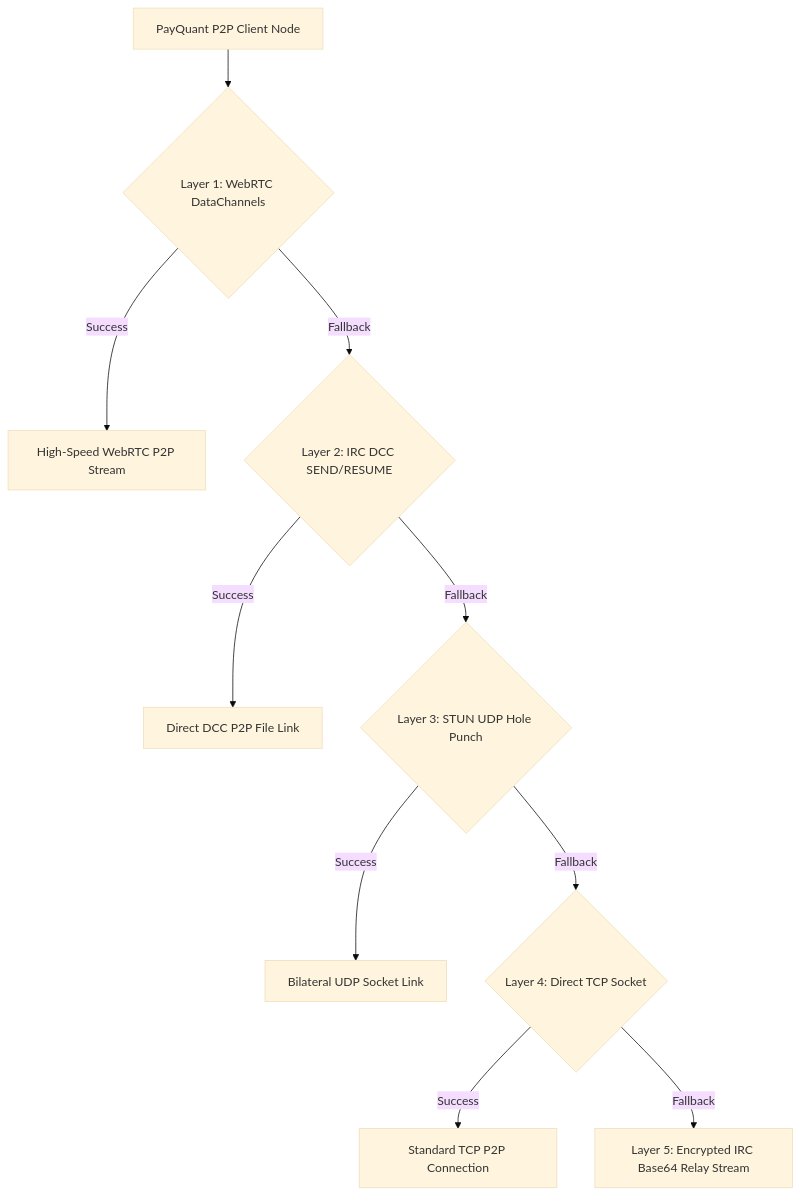
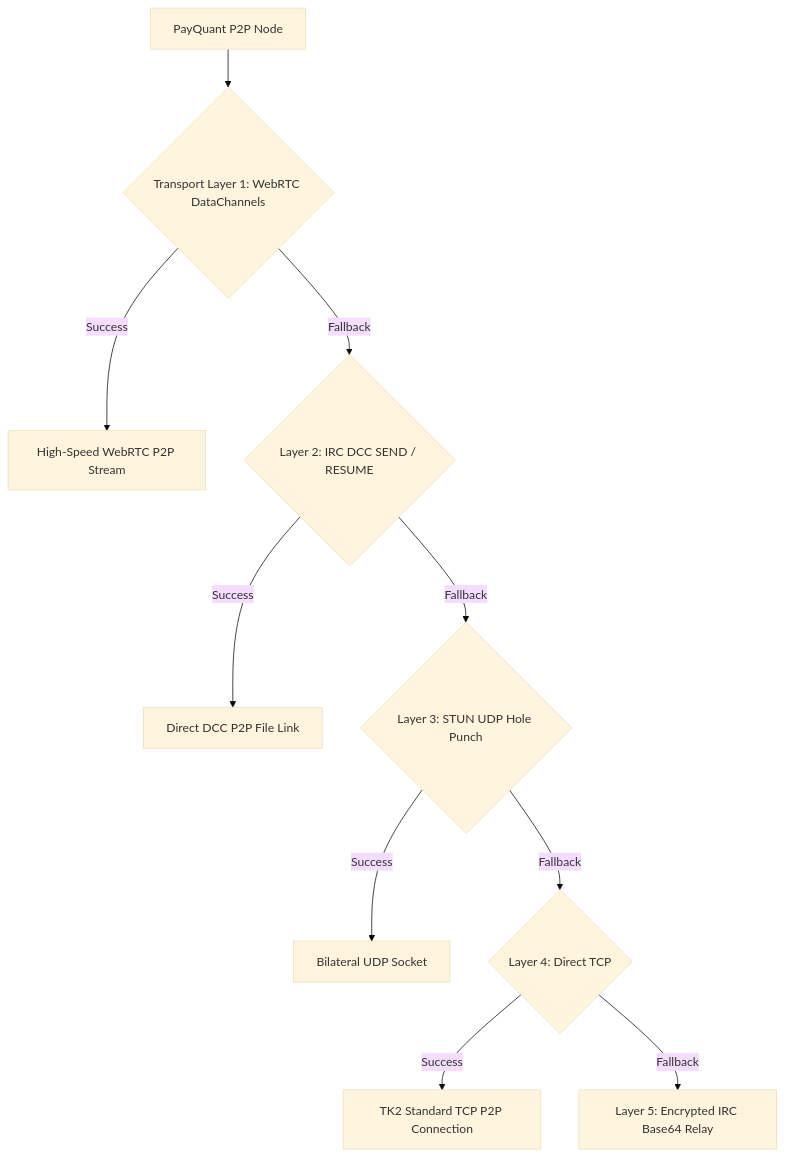
The diagram in README.md (timfromhcs/payquant), drawn with Mermaid (base theme) before and after one commit. The commit also changed other lines of this file and 9 other files, not shown here.

````diff
--- a/README.md
+++ b/README.md
@@ -48,12 +63,12 @@
 ```mermaid
 graph TD
-    A[PayQuant P2P Client Node] --> B{Layer 1: WebRTC DataChannels}
+    A[PayQuant P2P Node] --> B{Transport Layer 1: WebRTC DataChannels}
     B -- Success --> C[High-Speed WebRTC P2P Stream]
-    B -- Fallback --> D{Layer 2: IRC DCC SEND/RESUME}
+    B -- Fallback --> D{Layer 2: IRC DCC SEND / RESUME}
     D -- Success --> E[Direct DCC P2P File Link]
     D -- Fallback --> F{Layer 3: STUN UDP Hole Punch}
-    F -- Success --> G[Bilateral UDP Socket Link]
-    F -- Fallback --> H{Layer 4: Direct TCP Socket}
-    H -- Success --> I[Standard TCP P2P Connection]
-    H -- Fallback --> J[Layer 5: Encrypted IRC Base64 Relay Stream]
+    F -- Success --> G[Bilateral UDP Socket]
+    F -- Fallback --> H{Layer 4: Direct TCP}
+    H -- Success --> I[TK2 Standard TCP P2P Connection]
+    H -- Fallback --> J[Layer 5: Encrypted IRC Base64 Relay]
 ```
````
